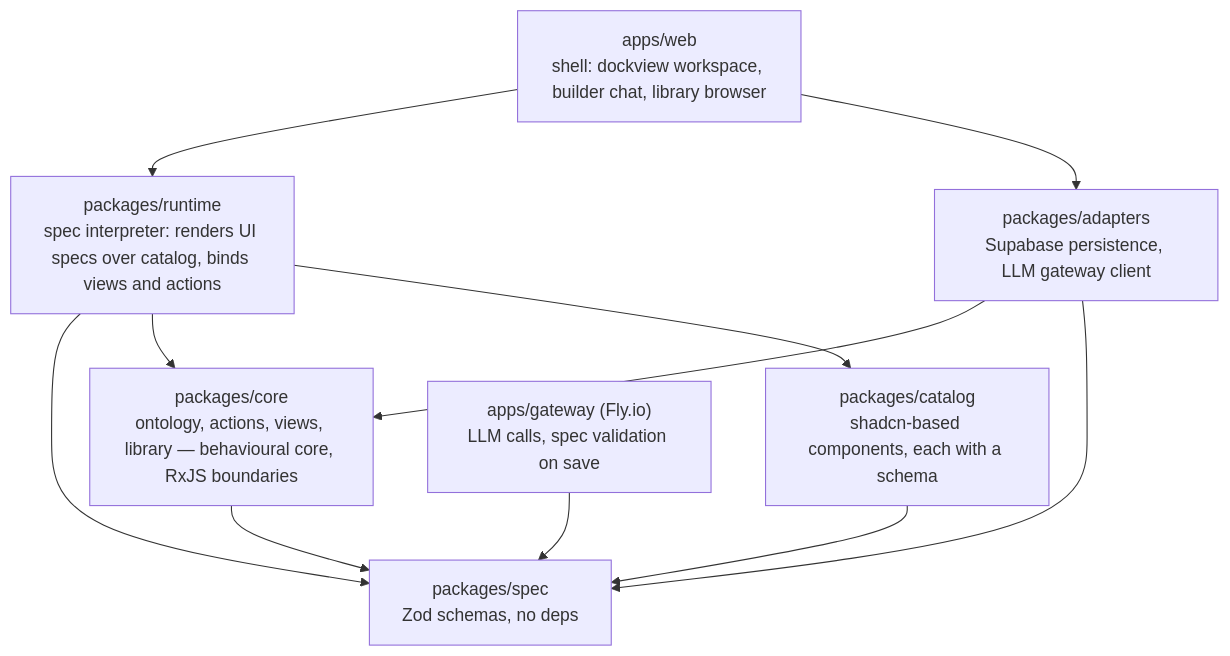
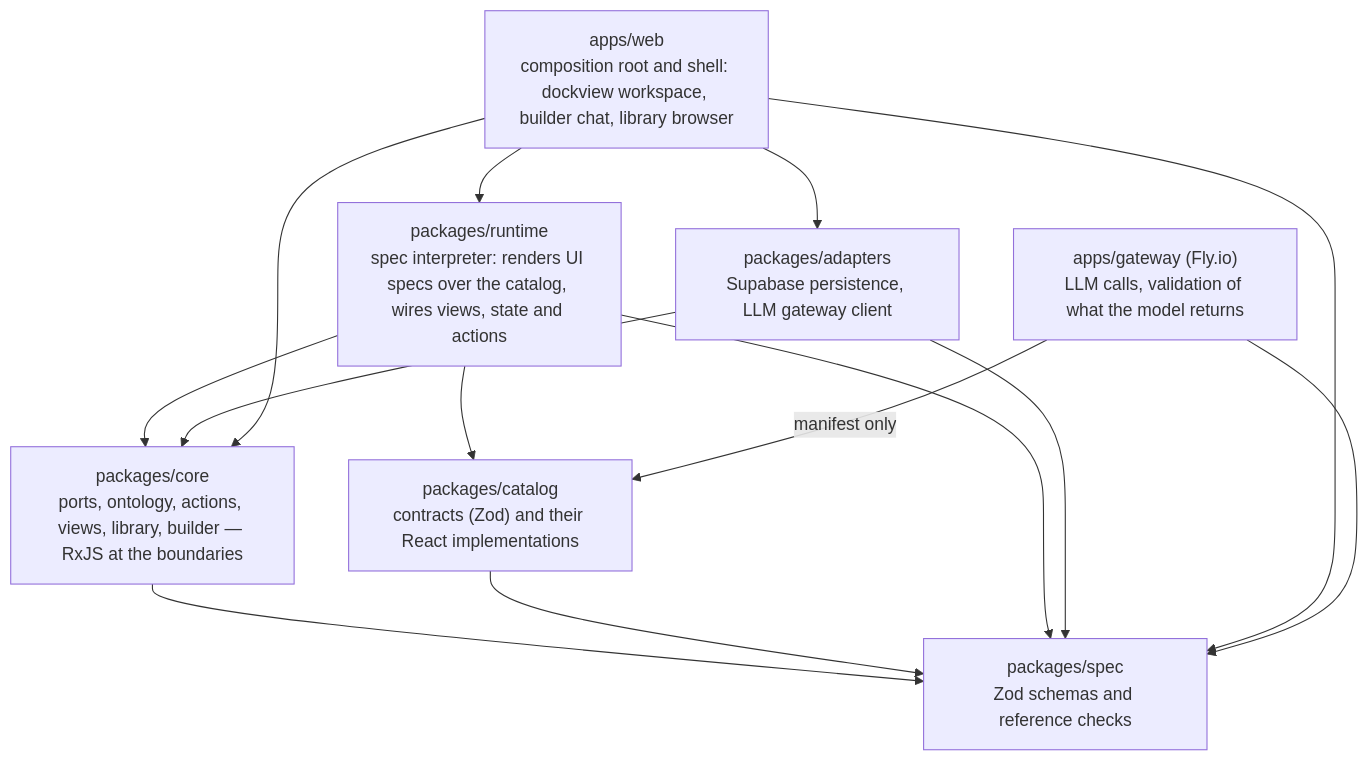
The diagram in docs/architecture/ARCHITECTURE.md (bettersoftware-io/origamic), drawn with Mermaid before and after one commit. The commit also changed other lines of this file and 18 other files, not shown here.

First line of the commit message:
Record what the first reading of the architecture settled

````diff
--- a/docs/architecture/ARCHITECTURE.md
+++ b/docs/architecture/ARCHITECTURE.md
@@ -29,21 +47,24 @@
 ```mermaid
 flowchart TB
-  spec["packages/spec<br/>Zod schemas, no deps"]
-  core["packages/core<br/>ontology, actions, views, library — behavioural core, RxJS boundaries"]
-  catalog["packages/catalog<br/>shadcn-based components, each with a schema"]
-  runtime["packages/runtime<br/>spec interpreter: renders UI specs over catalog, binds views and actions"]
+  spec["packages/spec<br/>Zod schemas and reference checks"]
+  core["packages/core<br/>ports, ontology, actions, views, library, builder — RxJS at the boundaries"]
+  catalog["packages/catalog<br/>contracts (Zod) and their React implementations"]
+  runtime["packages/runtime<br/>spec interpreter: renders UI specs over the catalog, wires views, state and actions"]
   adapters["packages/adapters<br/>Supabase persistence, LLM gateway client"]
-  app["apps/web<br/>shell: dockview workspace, builder chat, library browser"]
-  gateway["apps/gateway (Fly.io)<br/>LLM calls, spec validation on save"]
+  app["apps/web<br/>composition root and shell: dockview workspace, builder chat, library browser"]
+  gateway["apps/gateway (Fly.io)<br/>LLM calls, validation of what the model returns"]
 
   core --> spec
   catalog --> spec
   runtime --> spec
   runtime --> core
   runtime --> catalog
   adapters --> core
   adapters --> spec
   app --> runtime
   app --> adapters
+  app --> core
+  app --> spec
   gateway --> spec
+  gateway -- "manifest only" --> catalog
 ```
````
